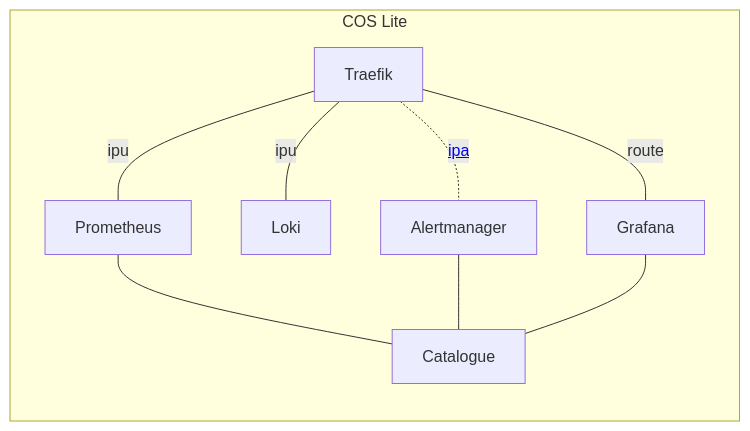
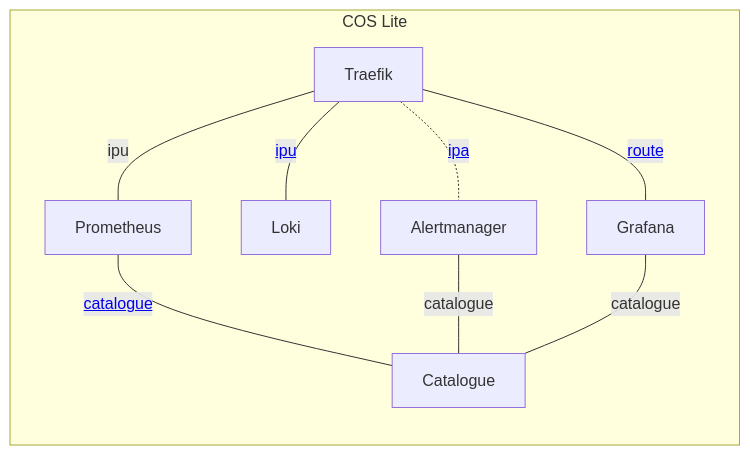
The first of 3 diagrams in INTEGRATING.md (canonical/cos-lite-bundle), drawn with Mermaid before and after one commit.

Commit message:
Add missing relation labels to deployment diagram

````diff
--- a/INTEGRATING.md
+++ b/INTEGRATING.md
@@ -6,34 +6,34 @@
 ```mermaid
 graph LR
 
 subgraph cos_lite["COS Lite"]
 
   alrt[Alertmanager]
   click alrt "https://github.com/canonical/alertmanager-k8s-operator"
   
   graf[Grafana]
   click graf "https://github.com/canonical/grafana-k8s-operator"
 
   prom[Prometheus]
   click prom "https://github.com/canonical/prometheus-k8s-operator"
 
   loki[Loki]
   click loki "https://github.com/canonical/loki-k8s-operator"
 
   trfk[Traefik]
   click trfk "https://github.com/canonical/traefik-k8s-operator"
 
   ctlg[Catalogue]
   click ctlg "https://github.com/canonical/catalogue-k8s-operator"
 
-  trfk --- |ipu| loki
+  trfk --- |<a href='https://charmhub.io/traefik-k8s/libraries/ingress_per_unit'>ipu</a>| loki
   trfk --- |ipu| prom
-  trfk --- |route| graf
+  trfk --- |<a href='https://charmhub.io/traefik-route-k8s/libraries/traefik_route'>route</a>| graf
   trfk -.- |<a href='https://charmhub.io/traefik-k8s/libraries/ingress'>ipa</a>| alrt
 
-  prom --- ctlg
-  alrt --- ctlg
-  graf --- ctlg
+  prom --- |<a href='https://charmhub.io/catalogue-k8s/libraries/catalogue'>catalogue</a>| ctlg
+  alrt --- |catalogue| ctlg
+  graf --- |catalogue| ctlg
 
 end
 ```
````
